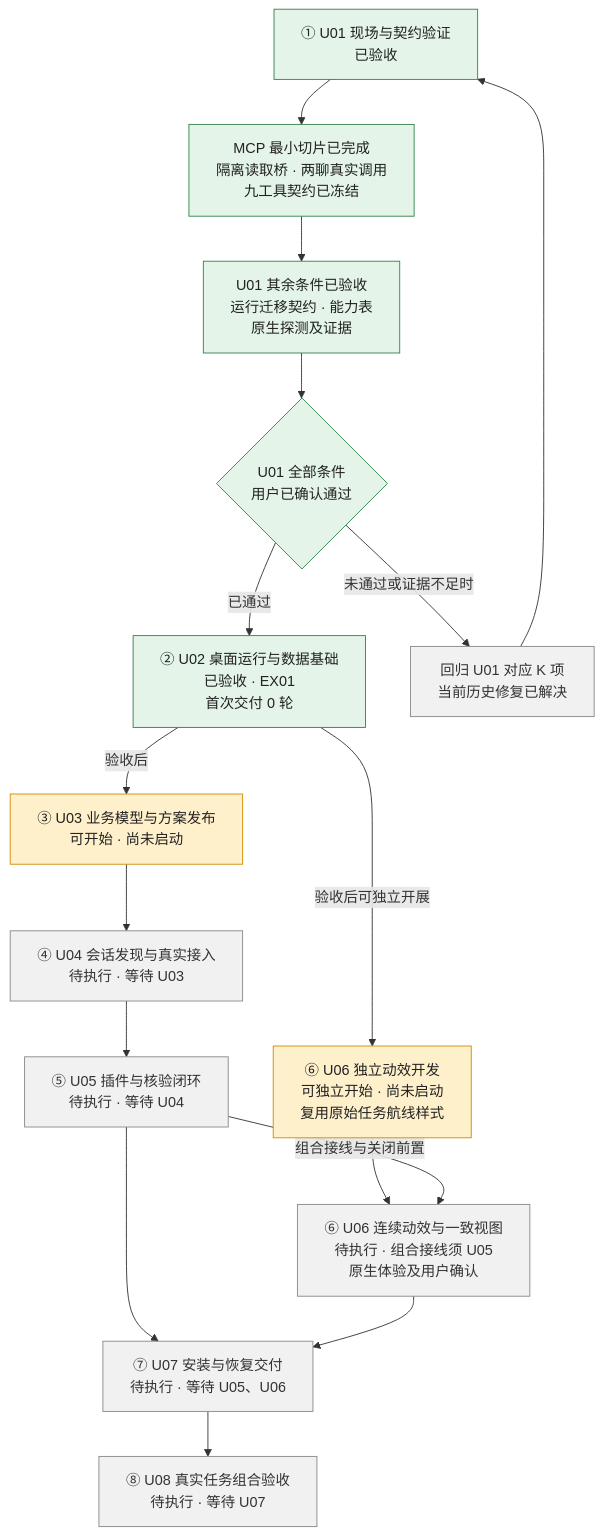
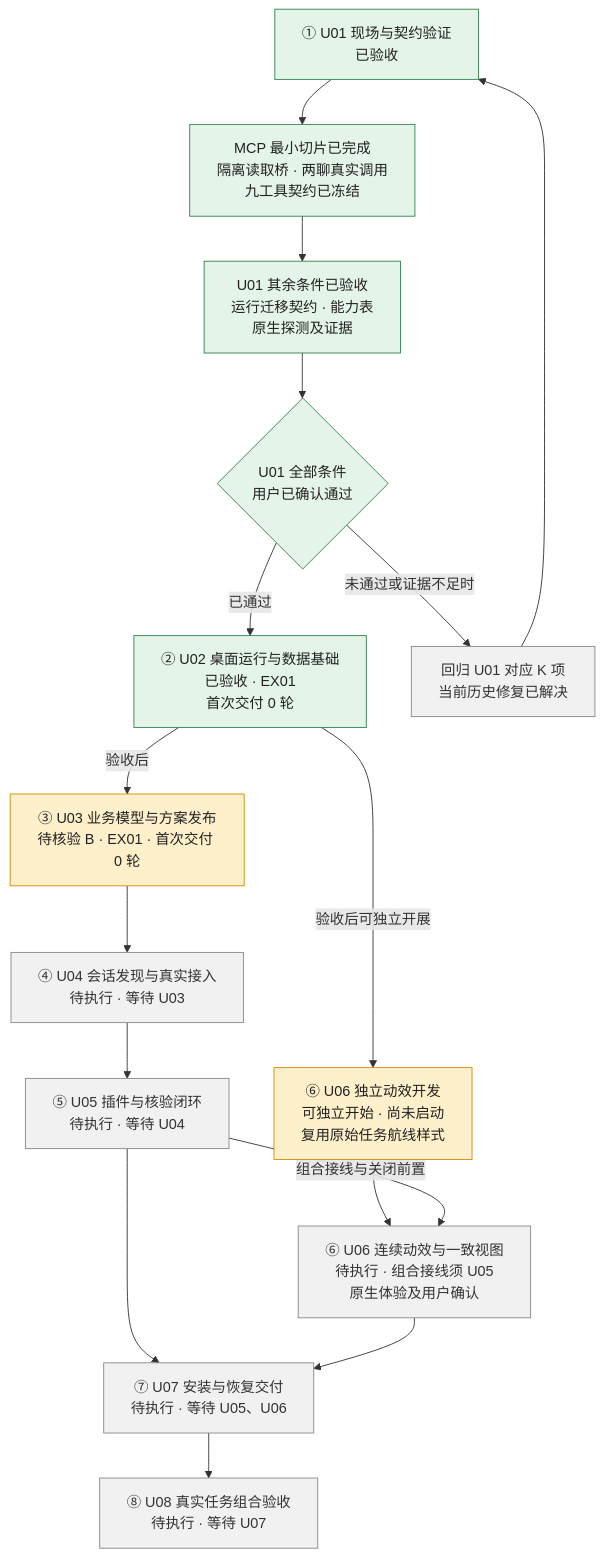
Before and after one commit to WuwuZhang0019/Codex-task-monitoring: the diagram in docs/03_桌面工作台与Codex连接/02_台账/01_手动试跑主台账_2026-11-09.md, drawn with Mermaid. The commit also changed other lines of this file and 3 other files, not shown here.

````diff
--- a/docs/03_桌面工作台与Codex连接/02_台账/01_手动试跑主台账_2026-11-09.md
+++ b/docs/03_桌面工作台与Codex连接/02_台账/01_手动试跑主台账_2026-11-09.md
@@ -32,33 +32,33 @@
 ```mermaid
 flowchart TD
     U01["① U01 现场与契约验证<br/>已验收"]
     MCP["MCP 最小切片已完成<br/>隔离读取桥 · 两聊真实调用<br/>九工具契约已冻结"]
     REST["U01 其余条件已验收<br/>运行迁移契约 · 能力表<br/>原生探测及证据"]
     CHECK{"U01 全部条件<br/>用户已确认通过"}
     U02["② U02 桌面运行与数据基础<br/>已验收 · EX01<br/>首次交付 0 轮"]
-    U03["③ U03 业务模型与方案发布<br/>可开始 · 尚未启动"]
+    U03["③ U03 业务模型与方案发布<br/>待核验 B · EX01 · 首次交付 0 轮"]
     U04["④ U04 会话发现与真实接入<br/>待执行 · 等待 U03"]
     U05["⑤ U05 插件与核验闭环<br/>待执行 · 等待 U04"]
     FX["⑥ U06 独立动效开发<br/>可独立开始 · 尚未启动<br/>复用原始任务航线样式"]
     U06["⑥ U06 连续动效与一致视图<br/>待执行 · 组合接线须 U05<br/>原生体验及用户确认"]
     U07["⑦ U07 安装与恢复交付<br/>待执行 · 等待 U05、U06"]
     U08["⑧ U08 真实任务组合验收<br/>待执行 · 等待 U07"]
     U01 --> MCP --> REST --> CHECK
     CHECK -->|未通过或证据不足时| RETURN["回归 U01 对应 K 项<br/>当前历史修复已解决"]
     RETURN --> U01
     CHECK -->|已通过| U02
     U02 -->|验收后| U03
     U03 --> U04 --> U05
     U02 -->|验收后可独立开展| FX
     FX --> U06
     U05 -->|组合接线与关闭前置| U06
     U05 --> U07
     U06 --> U07
     U07 --> U08
     classDef accepted fill:#e4f4e8,stroke:#32834a,color:#222;
     classDef current fill:#fff0cc,stroke:#d18b00,color:#222;
     classDef pending fill:#f1f1f1,stroke:#888,color:#333;
     class U01,MCP,REST,CHECK,U02 accepted;
     class U03,FX current;
     class U04,U05,U06,U07,U08,RETURN pending;
 ```
````
